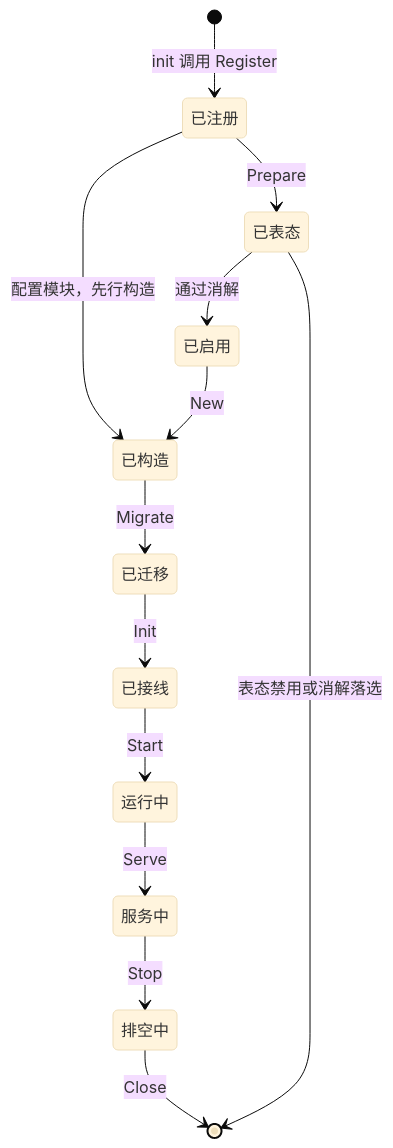
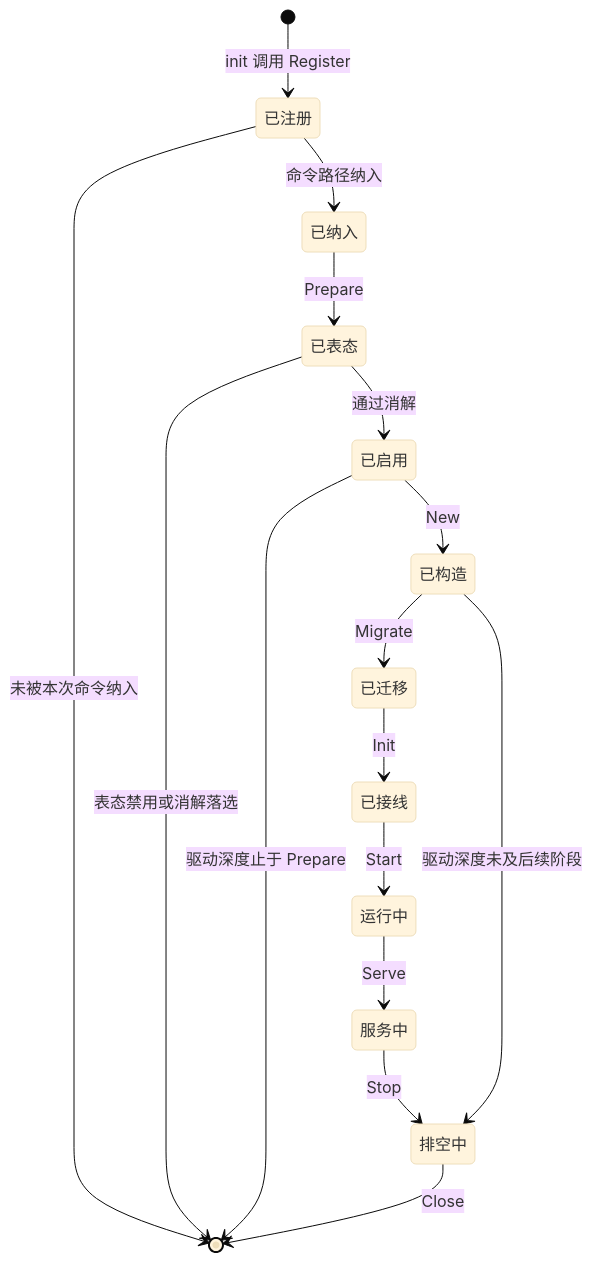
Before and after one commit to wangzw/speed: the second of 2 diagrams in docs/design/modules/design-core.md, drawn with Mermaid (base theme). The commit also changed other lines of this file and 6 other files, not shown here.

````diff
--- a/docs/design/modules/design-core.md
+++ b/docs/design/modules/design-core.md
@@ -180,15 +224,18 @@
 ```mermaid
 stateDiagram-v2
     [*] --> 已注册 : init 调用 Register
-    已注册 --> 已构造 : 配置模块，先行构造
-    已注册 --> 已表态 : Prepare
+    已注册 --> [*] : 未被本次命令纳入
+    已注册 --> 已纳入 : 命令路径纳入
+    已纳入 --> 已表态 : Prepare
+    已表态 --> [*] : 表态禁用或消解落选
     已表态 --> 已启用 : 通过消解
+    已启用 --> [*] : 驱动深度止于 Prepare
     已启用 --> 已构造 : New
     已构造 --> 已迁移 : Migrate
     已迁移 --> 已接线 : Init
     已接线 --> 运行中 : Start
     运行中 --> 服务中 : Serve
     服务中 --> 排空中 : Stop
+    已构造 --> 排空中 : 驱动深度未及后续阶段
     排空中 --> [*] : Close
-    已表态 --> [*] : 表态禁用或消解落选
 ```
````
